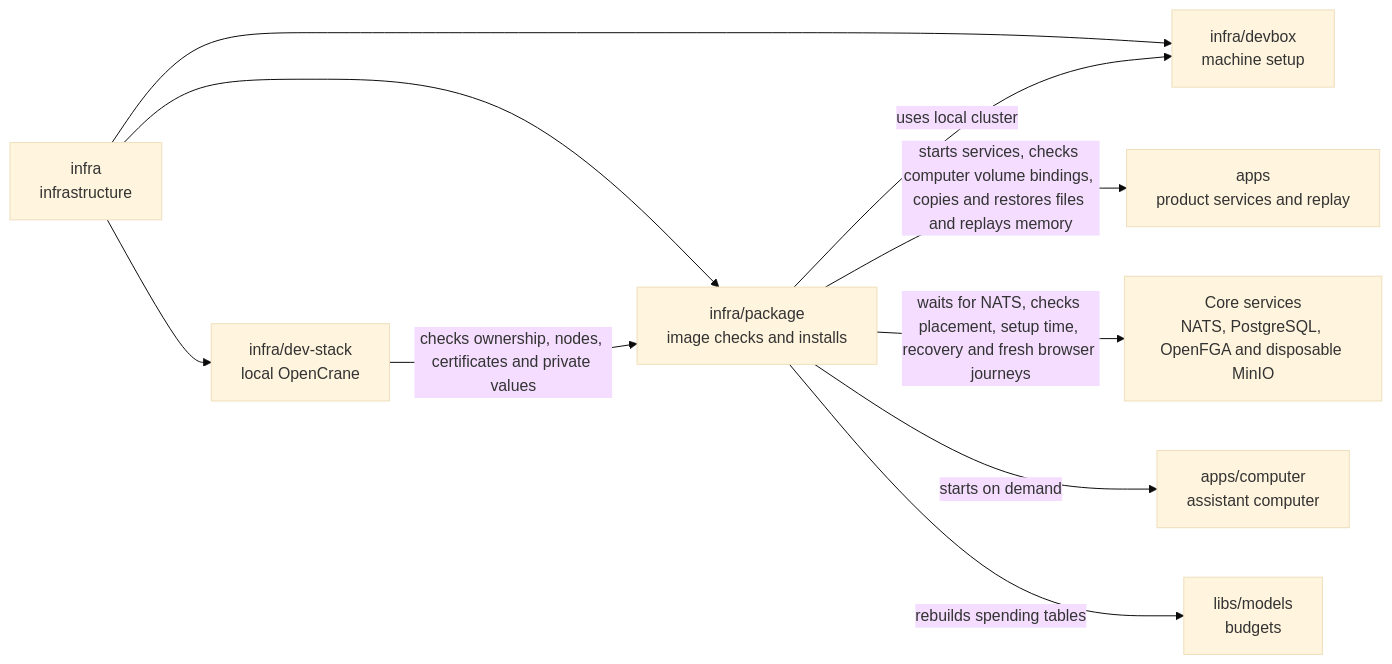
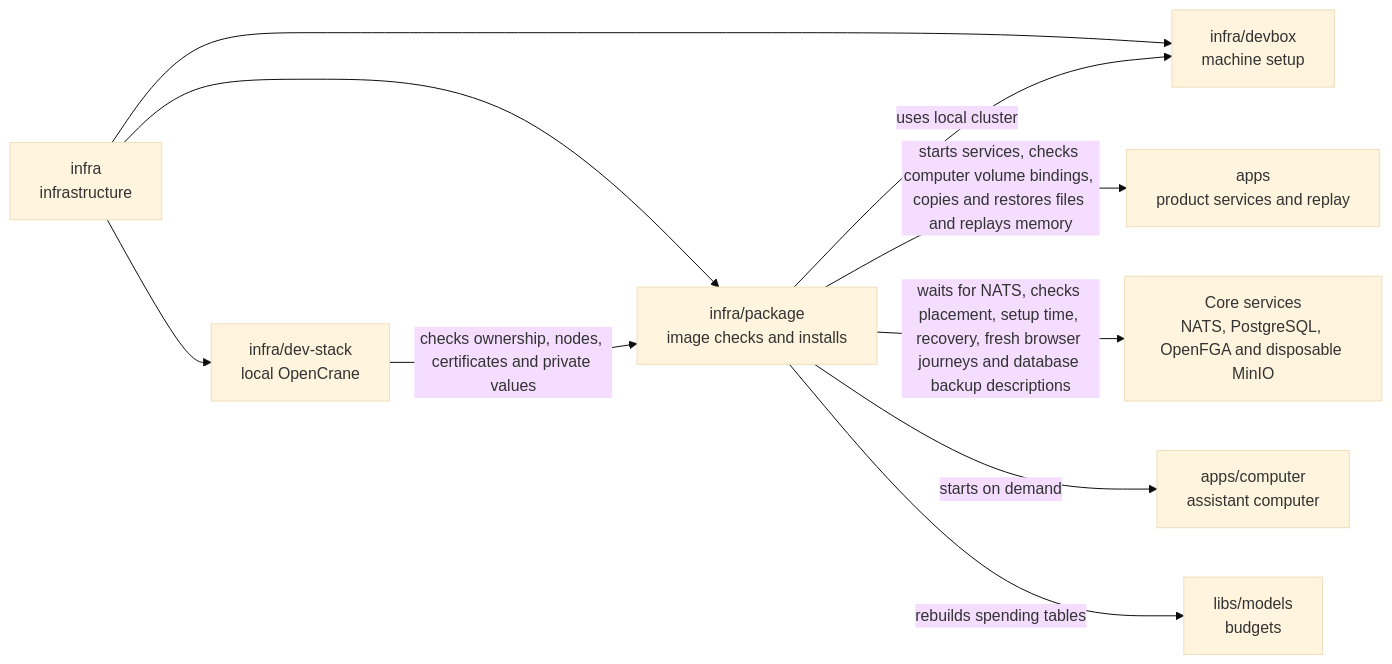
The diagram in infra/package/README.md (elewa-git/opencrane-new), drawn with Mermaid (base theme) before and after one commit. The commit also changed other lines of this file and 12 other files, not shown here.

````diff
--- a/infra/package/README.md
+++ b/infra/package/README.md
@@ -19,12 +19,12 @@
 ```mermaid
 flowchart LR
   infra["infra<br/>infrastructure"] --> package["infra/package<br/>image checks and installs"]
   infra --> stack["infra/dev-stack<br/>local OpenCrane"]
   infra --> devbox["infra/devbox<br/>machine setup"]
   stack -->|checks ownership, nodes, certificates and private values| package
   package -->|uses local cluster| devbox
   package -->|starts services, checks computer volume bindings, copies and restores files and replays memory| apps["apps<br/>product services and replay"]
-  package -->|waits for NATS, checks placement, setup time, recovery and fresh browser journeys| services["Core services<br/>NATS, PostgreSQL, OpenFGA and disposable MinIO"]
+  package -->|waits for NATS, checks placement, setup time, recovery, fresh browser journeys and database backup descriptions| services["Core services<br/>NATS, PostgreSQL, OpenFGA and disposable MinIO"]
   package -->|starts on demand| computer["apps/computer<br/>assistant computer"]
   package -->|rebuilds spending tables| models["libs/models<br/>budgets"]
 ```
````
